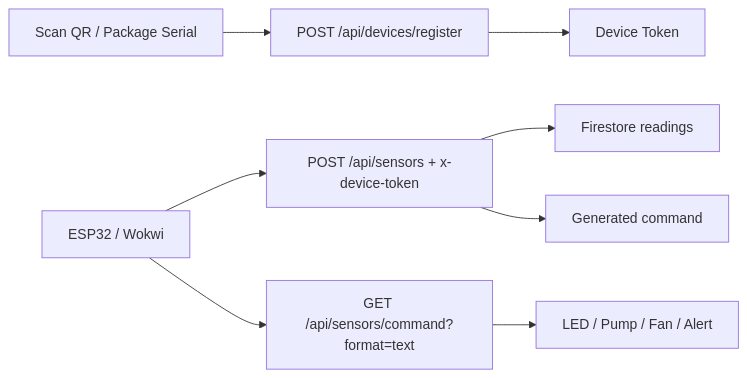
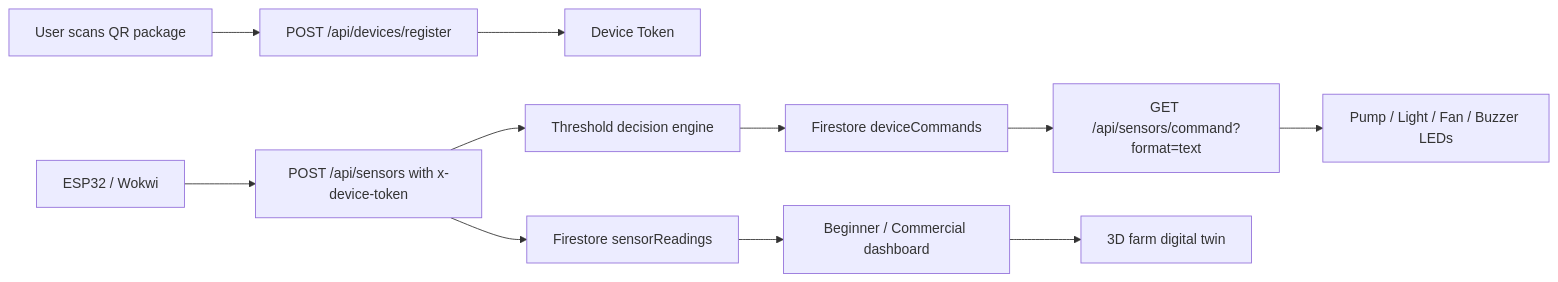
One commit to jiahui-1101/SeedDown changed the diagram in README.md. Above: the diagram before and after it, drawn with Mermaid. The commit also changed other lines of this file and 31 other files, not shown here.

````diff
--- a/README.md
+++ b/README.md
@@ -602,10 +86,13 @@
 ```mermaid
 flowchart LR
-    QR["Scan QR / Package Serial"] --> DeviceAPI["POST /api/devices/register"]
+    User["User scans QR package"] --> DeviceAPI["POST /api/devices/register"]
     DeviceAPI --> Token["Device Token"]
-    ESP32["ESP32 / Wokwi"] --> SensorAPI["POST /api/sensors + x-device-token"]
-    SensorAPI --> Firestore["Firestore readings"]
-    SensorAPI --> Command["Generated command"]
-    ESP32 --> Poll["GET /api/sensors/command?format=text"]
-    Poll --> Actuator["LED / Pump / Fan / Alert"]
+    ESP32["ESP32 / Wokwi"] --> SensorAPI["POST /api/sensors with x-device-token"]
+    SensorAPI --> Readings["Firestore sensorReadings"]
+    SensorAPI --> Engine["Threshold decision engine"]
+    Engine --> Commands["Firestore deviceCommands"]
+    Commands --> Poll["GET /api/sensors/command?format=text"]
+    Poll --> Actuators["Pump / Light / Fan / Buzzer LEDs"]
+    Readings --> Dashboard["Beginner / Commercial dashboard"]
+    Dashboard --> DigitalTwin["3D farm digital twin"]
 ```
````
